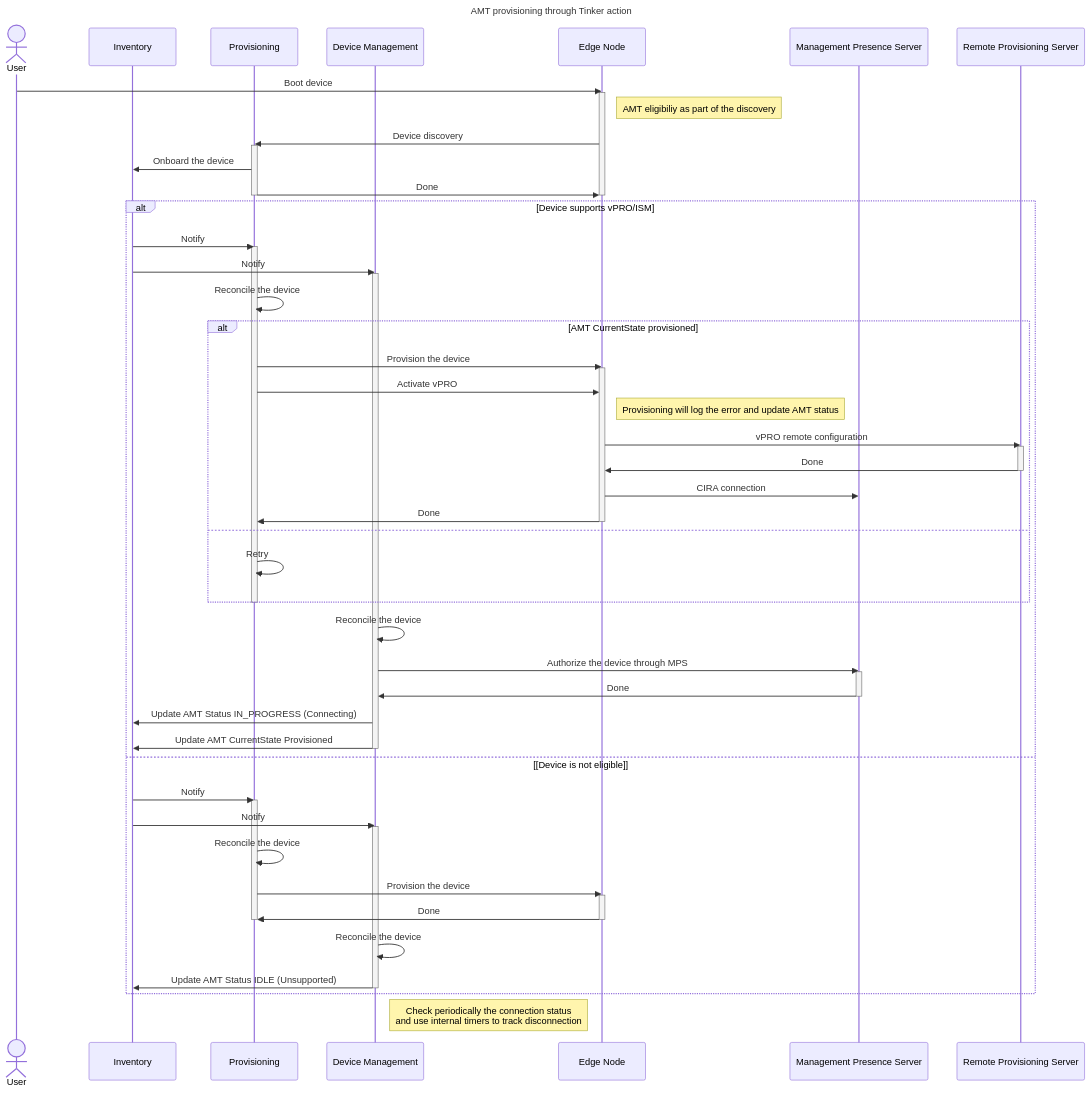
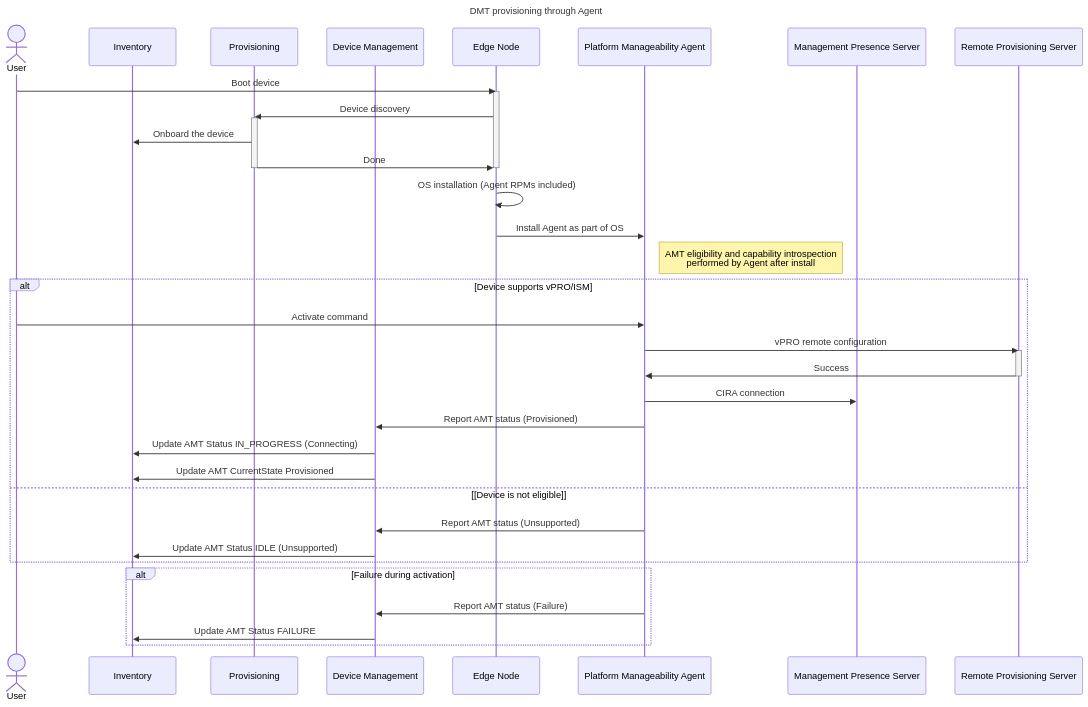
Before and after one commit to open-edge-platform/edge-manageability-framework: the diagram in design-proposals/vpro-device.md, drawn with Mermaid. The commit also changed other lines of this file, not shown here.

Commit message:
Initial commit for rpc design

````diff
--- a/design-proposals/vpro-device.md
+++ b/design-proposals/vpro-device.md
@@ -52,66 +44,46 @@
 ```mermaid
 sequenceDiagram
-    title AMT provisioning through Tinker action
+    title DMT provisioning through Agent
     actor us as User
     participant inv as Inventory
     participant ps as Provisioning
     participant dm as Device Management
     participant en as Edge Node
+    participant agent as Platform Manageability Agent
     participant mps as Management Presence Server
     participant rps as Remote Provisioning Server
+
     us ->> en: Boot device
     activate en
-    Note right of en: AMT eligibiliy as part of the discovery
     en ->> ps: Device discovery
     activate ps
     ps ->> inv: Onboard the device
     ps ->> en: Done
     deactivate ps
     deactivate en
+
+    en ->> en: OS installation (Agent RPMs included)
+    en ->> agent: Install Agent as part of OS
+
+    Note right of agent: AMT eligibility and capability introspection<br>performed by Agent after install
+
     alt Device supports vPRO/ISM
-        inv ->> ps: Notify
-        activate ps
-        inv ->> dm: Notify
-        activate dm
-        ps ->> ps: Reconcile the device
-        alt AMT CurrentState provisioned
-            ps ->> en: Provision the device
-            activate en
-            ps ->> en: Activate vPRO
-            Note right of en: Provisioning will log the error and update AMT status
-            en ->> rps: vPRO remote configuration
-            activate rps
-            rps ->> en: Done
-            deactivate rps
-            en ->> mps: CIRA connection
-            en ->> ps: Done
-            deactivate en
-        else
-            ps ->> ps: Retry
-        end
-        deactivate ps
-        dm ->> dm: Reconcile the device
-        dm ->> mps: Authorize the device through MPS
-        activate mps
-        mps ->> dm: Done
-        deactivate mps
+        us ->> agent: Activate command
+        agent ->> rps: vPRO remote configuration
+        activate rps
+        rps ->> agent: Success
+        deactivate rps
+        agent ->> mps: CIRA connection
+        agent ->> dm: Report AMT status (Provisioned)
         dm ->> inv: Update AMT Status IN_PROGRESS (Connecting)
         dm ->> inv: Update AMT CurrentState Provisioned
-        deactivate dm
     else [Device is not eligible]
-        inv ->> ps: Notify
-        activate ps
-        inv ->> dm: Notify
-        activate dm
-        ps ->> ps: Reconcile the device
-        ps ->> en: Provision the device
-        activate en
-        en ->> ps: Done
-        deactivate en
-        deactivate ps
-        dm ->> dm: Reconcile the device
+        agent ->> dm: Report AMT status (Unsupported)
         dm ->> inv: Update AMT Status IDLE (Unsupported)
-        deactivate dm
     end
-    Note right of dm: Check periodically the connection status<br>and use internal timers to track disconnection
+
+    alt Failure during activation
+        agent ->> dm: Report AMT status (Failure)
+        dm ->> inv: Update AMT Status FAILURE
+    end
 ```
````
